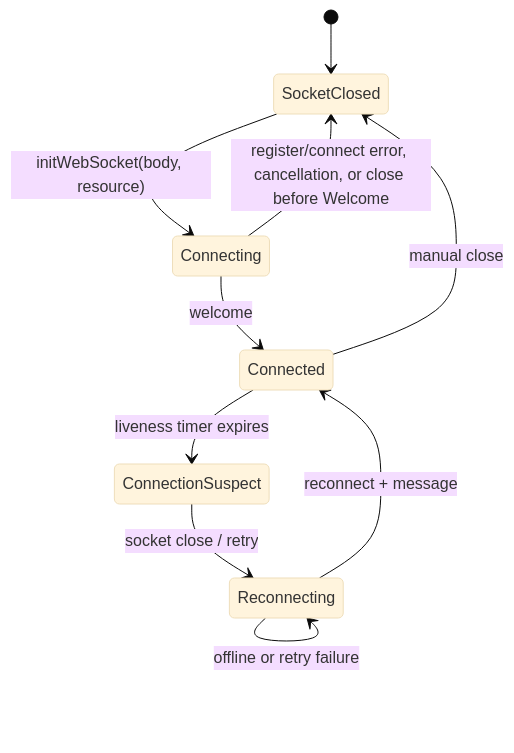
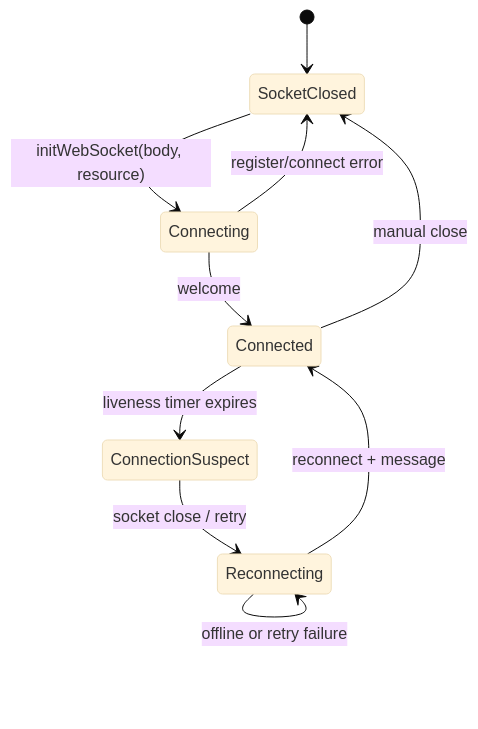
Before and after one commit to webex/webex-js-sdk: the eighth of 9 diagrams in packages/@webex/contact-center/src/services/core/ai-docs/core-spec.md, drawn with Mermaid (base theme). The commit also changed other lines of this file and 18 other files, not shown here.

````diff
--- a/packages/@webex/contact-center/src/services/core/ai-docs/core-spec.md
+++ b/packages/@webex/contact-center/src/services/core/ai-docs/core-spec.md
@@ -458,12 +457,12 @@
 ```mermaid
 stateDiagram-v2
   [*] --> SocketClosed
   SocketClosed --> Connecting: initWebSocket(body, resource)
   Connecting --> Connected: welcome
-  Connecting --> SocketClosed: register/connect error, cancellation, or close before Welcome
+  Connecting --> SocketClosed: register/connect error
   Connected --> ConnectionSuspect: liveness timer expires
   ConnectionSuspect --> Reconnecting: socket close / retry
   Reconnecting --> Connected: reconnect + message
   Reconnecting --> Reconnecting: offline or retry failure
   Connected --> SocketClosed: manual close
 ```
````
